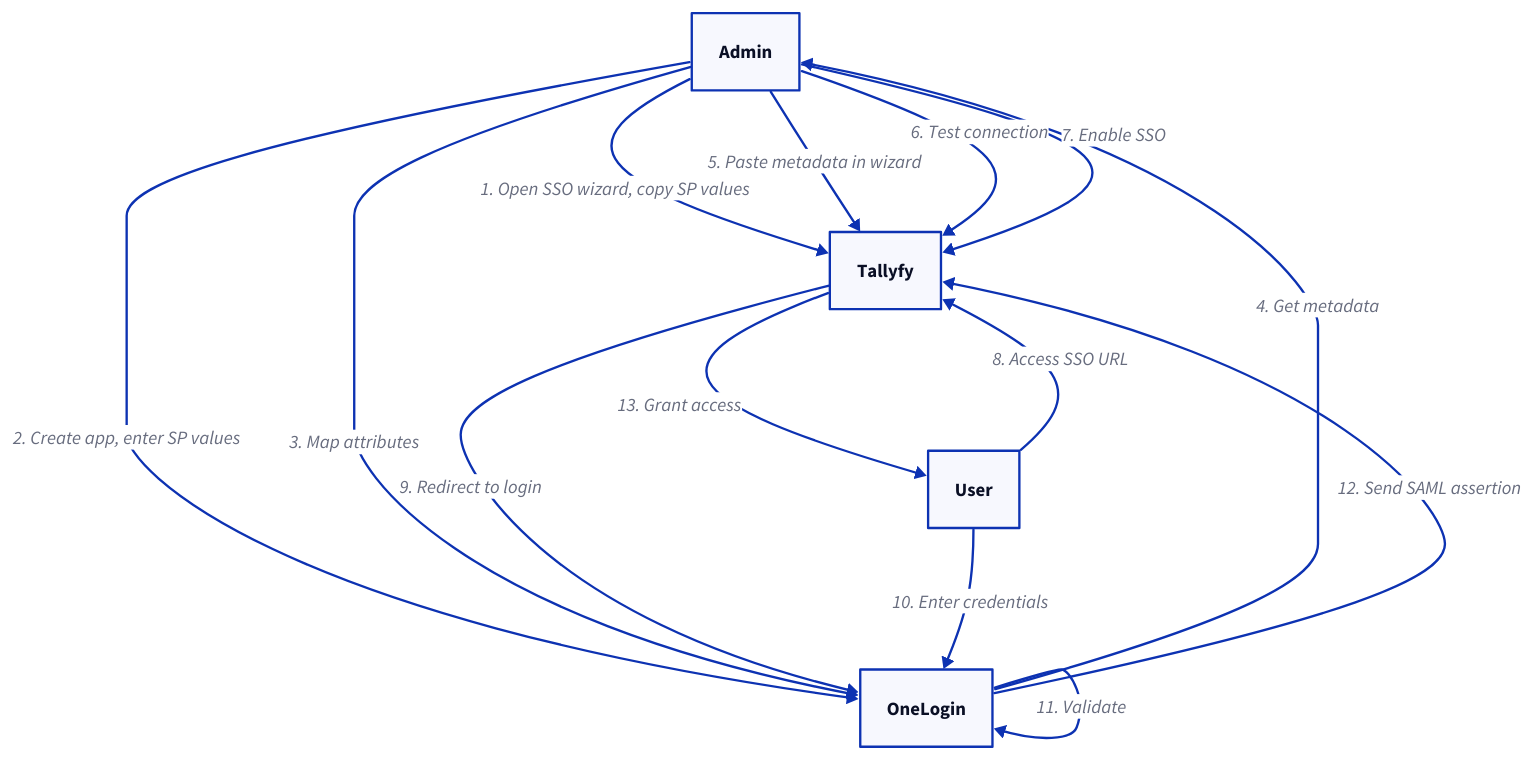
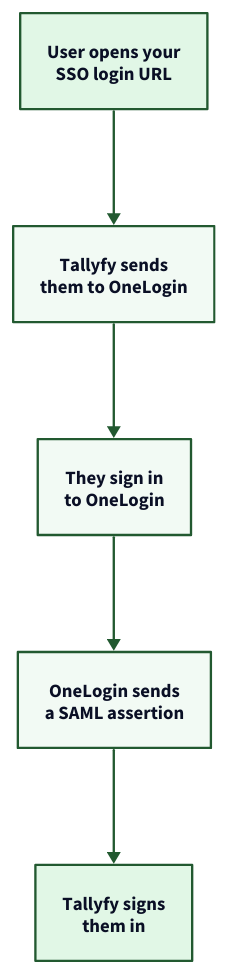
One commit to tallyfy/documentation changed the second of 2 diagrams in src/content/docs/pro/integrations/authentication/how-to-integrate-onelogin-samlsso-with-tallyfy.mdx. Above: the diagram before and after it, drawn with D2. The commit also changed other lines of this file and 13 other files, not shown here.

First line of the commit message:
Redraw 16 diagrams on 14 pages so they read at full size

````diff
--- a/src/content/docs/pro/integrations/authentication/how-to-integrate-onelogin-samlsso-with-tallyfy.mdx
+++ b/src/content/docs/pro/integrations/authentication/how-to-integrate-onelogin-samlsso-with-tallyfy.mdx
@@ -43,23 +105,42 @@
 ```d2
-Admin: Admin
-OneLogin: OneLogin
-Tallyfy: Tallyfy
-User: User
+# Signing in to Tallyfy through OneLogin
+direction: down
 
-# Setup Phase
-Admin -> Tallyfy: 1. Open SSO wizard, copy SP values
-Admin -> OneLogin: 2. Create app, enter SP values
-Admin -> OneLogin: 3. Map attributes
-OneLogin -> Admin: 4. Get metadata
-Admin -> Tallyfy: 5. Paste metadata in wizard
-Admin -> Tallyfy: 6. Test connection
-Admin -> Tallyfy: 7. Enable SSO
+Url: "User opens your\nSSO login URL" {
+  style.fill: "#e1f7e6"
+  style.stroke: "#225930"
+}
 
-# User Authentication
-User -> Tallyfy: 8. Access SSO URL
-Tallyfy -> OneLogin: 9. Redirect to login
-User -> OneLogin: 10. Enter credentials
-OneLogin -> OneLogin: 11. Validate
-OneLogin -> Tallyfy: 12. Send SAML assertion
-Tallyfy -> User: 13. Grant access
+Redirect: "Tallyfy sends\nthem to OneLogin" {
+  style.fill: "#f2faf4"
+  style.stroke: "#225930"
+}
+
+Login: "They sign in\nto OneLogin" {
+  style.fill: "#f2faf4"
+  style.stroke: "#225930"
+}
+
+Assert: "OneLogin sends\na SAML assertion" {
+  style.fill: "#f2faf4"
+  style.stroke: "#225930"
+}
+
+In: "Tallyfy signs\nthem in" {
+  style.fill: "#e1f7e6"
+  style.stroke: "#225930"
+}
+
+Url -> Redirect: {
+  style.stroke: "#225930"
+}
+Redirect -> Login: {
+  style.stroke: "#225930"
+}
+Login -> Assert: {
+  style.stroke: "#225930"
+}
+Assert -> In: {
+  style.stroke: "#225930"
+}
 ```
````
